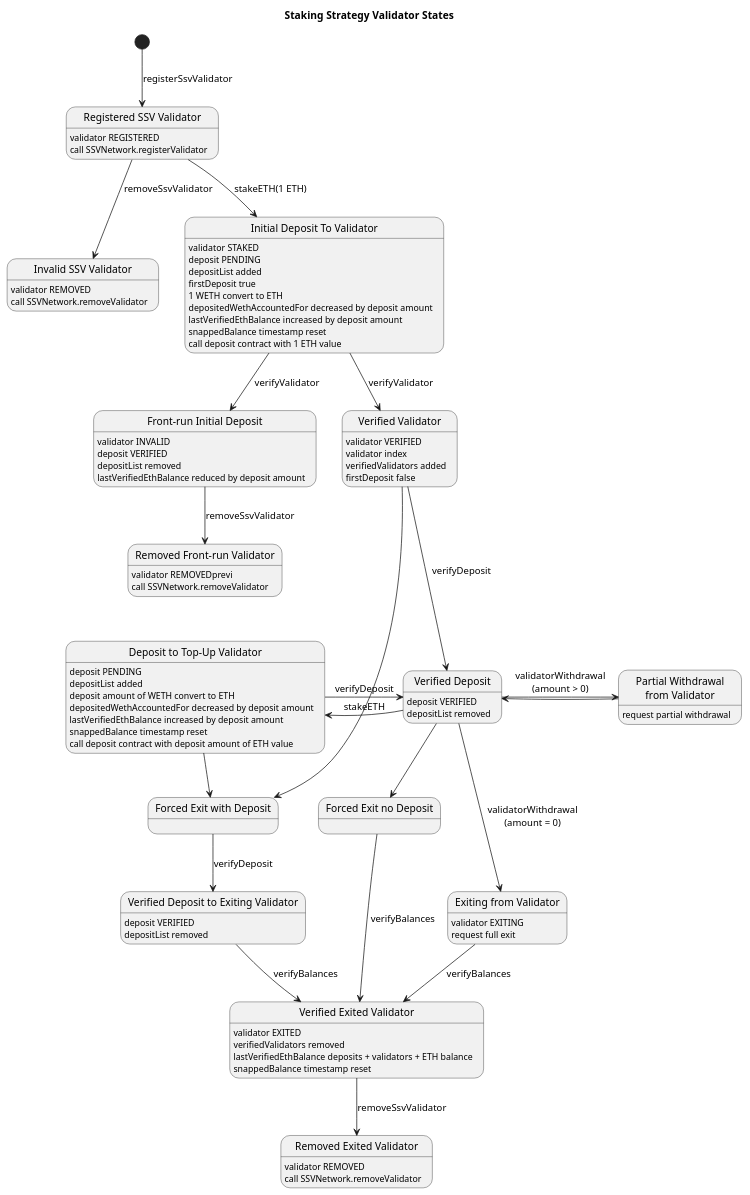
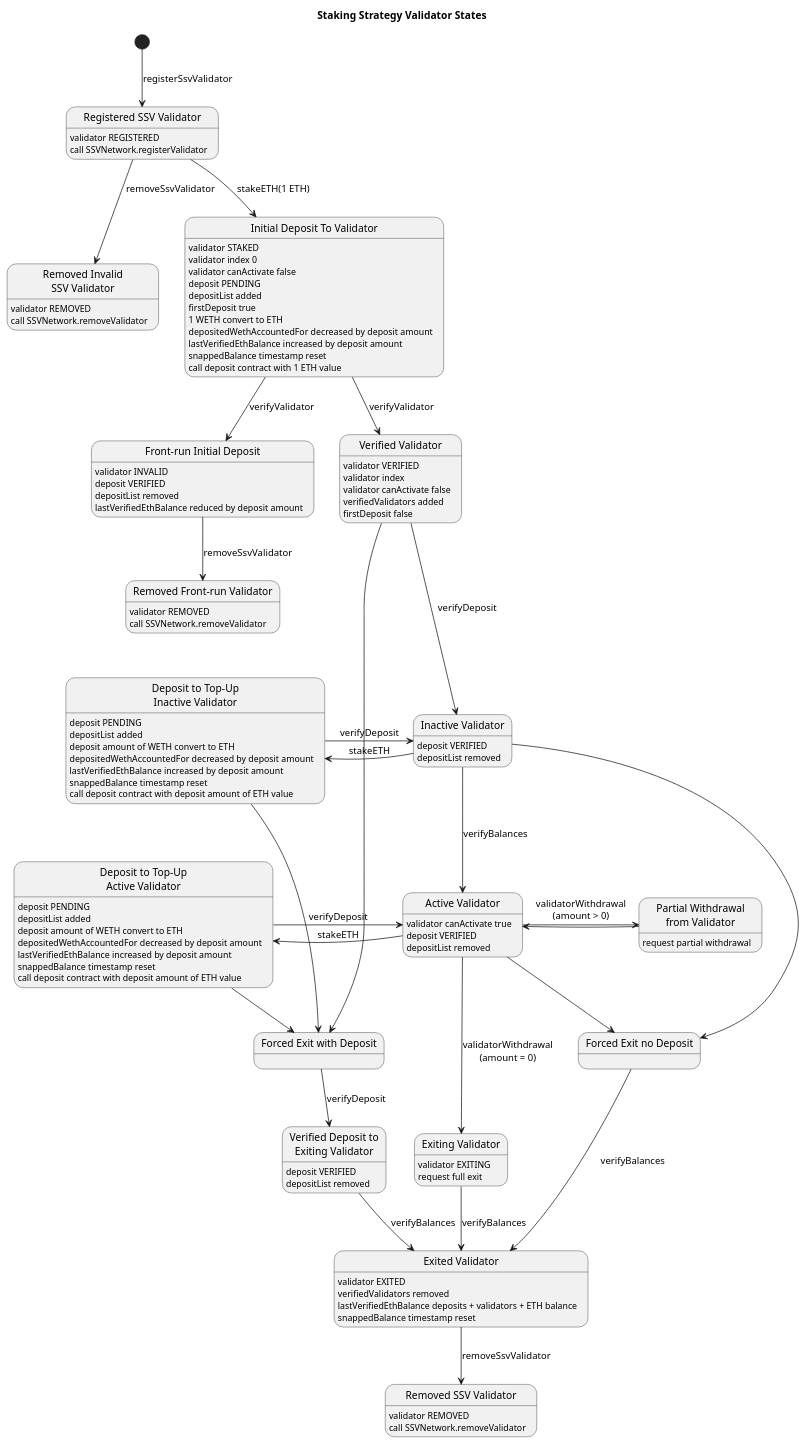
Before and after one commit to OriginProtocol/origin-dollar: the diagram in contracts/docs/plantuml/stakingStates.puml, drawn with PlantUML. The commit also changed 1 other file, not shown here.

Commit message:
Updated the validator state diagram

```diff
--- a/contracts/docs/plantuml/stakingStates.puml
+++ b/contracts/docs/plantuml/stakingStates.puml
@@ -1,122 +1,136 @@
 @startuml
 
 title Staking Strategy Validator States
 
 state "Registered SSV Validator" as RegisteredValidator
 RegisteredValidator : validator REGISTERED
 RegisteredValidator : call SSVNetwork.registerValidator
 
-state "Invalid SSV Validator" as InvalidSSVValidator
+state "Removed Invalid\nSSV Validator" as InvalidSSVValidator
 InvalidSSVValidator : validator REMOVED
 InvalidSSVValidator : call SSVNetwork.removeValidator
 
 state "Initial Deposit To Validator" as InitialDeposit
 InitialDeposit : validator STAKED
+InitialDeposit : validator index 0
+InitialDeposit : validator canActivate false
 InitialDeposit : deposit PENDING
 InitialDeposit : depositList added
 InitialDeposit : firstDeposit true
 InitialDeposit : 1 WETH convert to ETH
 InitialDeposit : depositedWethAccountedFor decreased by deposit amount
 InitialDeposit : lastVerifiedEthBalance increased by deposit amount
 InitialDeposit : snappedBalance timestamp reset
 InitialDeposit : call deposit contract with 1 ETH value
 
 state "Front-run Initial Deposit" as FrontRunDeposit
 FrontRunDeposit : validator INVALID
 FrontRunDeposit : deposit VERIFIED
 FrontRunDeposit : depositList removed
 FrontRunDeposit : lastVerifiedEthBalance reduced by deposit amount
 
 state "Removed Front-run Validator" as RemovedFrontRunValidator
-RemovedFrontRunValidator : validator REMOVEDprevi
+RemovedFrontRunValidator : validator REMOVED
 RemovedFrontRunValidator : call SSVNetwork.removeValidator
 
 state "Verified Validator" as VerifiedValidator
 VerifiedValidator : validator VERIFIED
 VerifiedValidator : validator index
+VerifiedValidator : validator canActivate false
 VerifiedValidator : verifiedValidators added
 VerifiedValidator : firstDeposit false
 
-state "Verified Deposit" as VerifiedDeposit
-VerifiedDeposit : deposit VERIFIED
-VerifiedDeposit : depositList removed
+state "Inactive Validator" as VerifiedDepositInactive
+VerifiedDepositInactive : deposit VERIFIED
+VerifiedDepositInactive : depositList removed
 
-state "Verified Deposit to Exiting Validator" as DepositToExitingValidator
+state "Active Validator" as VerifiedDepositActive
+VerifiedDepositActive : validator canActivate true
+VerifiedDepositActive : deposit VERIFIED
+VerifiedDepositActive : depositList removed
+
+state "Verified Deposit to\nExiting Validator" as DepositToExitingValidator
 DepositToExitingValidator : deposit VERIFIED
 DepositToExitingValidator : depositList removed
 
-state "Deposit to Top-Up Validator" as TopUpDeposit
-TopUpDeposit : deposit PENDING
-TopUpDeposit : depositList added
-TopUpDeposit : deposit amount of WETH convert to ETH
-TopUpDeposit : depositedWethAccountedFor decreased by deposit amount
-TopUpDeposit : lastVerifiedEthBalance increased by deposit amount
-TopUpDeposit : snappedBalance timestamp reset
-TopUpDeposit : call deposit contract with deposit amount of ETH value
+state "Deposit to Top-Up\nInactive Validator" as TopUpDepositInactive
+TopUpDepositInactive : deposit PENDING
+TopUpDepositInactive : depositList added
+TopUpDepositInactive : deposit amount of WETH convert to ETH
+TopUpDepositInactive : depositedWethAccountedFor decreased by deposit amount
+TopUpDepositInactive : lastVerifiedEthBalance increased by deposit amount
+TopUpDepositInactive : snappedBalance timestamp reset
+TopUpDepositInactive : call deposit contract with deposit amount of ETH value
 
+state "Deposit to Top-Up\nActive Validator" as TopUpDepositActive
+TopUpDepositActive : deposit PENDING
+TopUpDepositActive : depositList added
+TopUpDepositActive : deposit amount of WETH convert to ETH
+TopUpDepositActive : depositedWethAccountedFor decreased by deposit amount
+TopUpDepositActive : lastVerifiedEthBalance increased by deposit amount
+TopUpDepositActive : snappedBalance timestamp reset
+TopUpDepositActive : call deposit contract with deposit amount of ETH value
 
 state "Forced Exit with Deposit" as ForcedExitWithDeposit
 state "Forced Exit no Deposit" as ForcedExitNoDeposit
 
-' state "Verified Deposit to Exiting Validator" as ExitedValidatorWithDeposit
-' ExitedValidatorWithDeposit : deposit VERIFIED
-' ExitedValidatorWithDeposit : depositList removed
-' ExitedValidatorWithDeposit : validator EXITED
-' ExitedValidatorWithDeposit : verifiedValidators removed
-' ExitedValidatorWithDeposit : lastVerifiedEthBalance deposits + validators + ETH balance
-' ExitedValidatorWithDeposit : snappedBalance timestamp reset
-
-state "Verified Exited Validator" as ExitedValidator
+state "Exited Validator" as ExitedValidator
 ExitedValidator : validator EXITED
 ExitedValidator : verifiedValidators removed
 ExitedValidator : lastVerifiedEthBalance deposits + validators + ETH balance
 ExitedValidator : snappedBalance timestamp reset
 
 state "Partial Withdrawal\nfrom Validator" as PartialWithdrawal
 PartialWithdrawal : request partial withdrawal
 
-state "Exiting from Validator" as ExitingValidator
+state "Exiting Validator" as ExitingValidator
 ExitingValidator : validator EXITING
 ExitingValidator : request full exit
 
-state "Removed Exited Validator" as RemovedExitedValidator
+state "Removed SSV Validator" as RemovedExitedValidator
 RemovedExitedValidator : validator REMOVED
 RemovedExitedValidator : call SSVNetwork.removeValidator
 
 ' state "Snapped Balances" as SnappedBalances
 ' SnappedBalances : snappedBalance\n  blockRoot\n  timestamp\n  ETH Balance
 
 ' state "Verified Balances" as VerifiedBalances
 ' VerifiedBalances : snappedBalance timestamp reset
 ' VerifiedBalances : lastVerifiedEthBalance deposits + validators + ETH balance
 
 [*] --> RegisteredValidator : registerSsvValidator
 
 RegisteredValidator --> InitialDeposit : stakeETH(1 ETH)
 RegisteredValidator --> InvalidSSVValidator : removeSsvValidator
 
 InitialDeposit --> VerifiedValidator : verifyValidator
 InitialDeposit --> FrontRunDeposit : verifyValidator
 FrontRunDeposit --> RemovedFrontRunValidator : removeSsvValidator
-VerifiedValidator ---> VerifiedDeposit : verifyDeposit
+VerifiedValidator ---> VerifiedDepositInactive : verifyDeposit
 VerifiedValidator --> ForcedExitWithDeposit
 
-VerifiedDeposit -> TopUpDeposit : stakeETH
-TopUpDeposit -> VerifiedDeposit : verifyDeposit
-VerifiedDeposit --> ForcedExitNoDeposit
+TopUpDepositInactive <- VerifiedDepositInactive : stakeETH
+TopUpDepositInactive -> VerifiedDepositInactive : verifyDeposit
+VerifiedDepositInactive ---> ForcedExitNoDeposit
 ForcedExitNoDeposit ---> ExitedValidator : verifyBalances
-TopUpDeposit --> ForcedExitWithDeposit
+TopUpDepositInactive ---> ForcedExitWithDeposit
+TopUpDepositActive --> ForcedExitWithDeposit
 ForcedExitWithDeposit --> DepositToExitingValidator : verifyDeposit
+VerifiedDepositInactive --> VerifiedDepositActive : verifyBalances
+
+TopUpDepositActive <- VerifiedDepositActive : stakeETH
+TopUpDepositActive -> VerifiedDepositActive : verifyDeposit
+VerifiedDepositActive --> ForcedExitNoDeposit
 
 DepositToExitingValidator --> ExitedValidator : verifyBalances
 
-VerifiedDeposit -> PartialWithdrawal : validatorWithdrawal\n(amount > 0)
-PartialWithdrawal -> VerifiedDeposit
-VerifiedDeposit ---> ExitingValidator : validatorWithdrawal\n(amount = 0)
+VerifiedDepositActive -> PartialWithdrawal : validatorWithdrawal\n(amount > 0)
+VerifiedDepositActive <- PartialWithdrawal
+VerifiedDepositActive ---> ExitingValidator : validatorWithdrawal\n(amount = 0)
 ExitingValidator --> ExitedValidator : verifyBalances
 ExitedValidator --> RemovedExitedValidator : removeSsvValidator
 
 ' SnappedBalances --> VerifiedBalances : verifyBalances
 ' VerifiedBalances --> SnappedBalances : snapBalances
 
 @enduml
```
